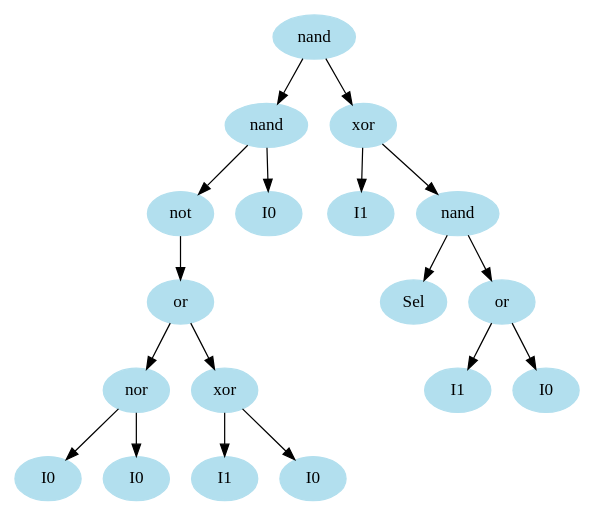
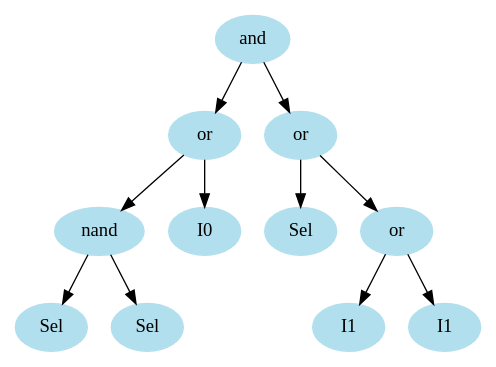
One commit to king2b3/GP changed the diagram in temp/Final_AST.gv. Above: the diagram before and after it, drawn with Graphviz. The commit also changed 7 other files, not shown here.

```diff
--- a/temp/Final_AST.gv
+++ b/temp/Final_AST.gv
@@ -1,39 +1,25 @@
 digraph unix {
 	node [color=lightblue2 style=filled]
 	size="6,6"
-	gate_0 [label=nand]
-	gate_1 [label=nand]
-	gate_2 [label=not]
+	gate_0 [label=and]
+	gate_1 [label=or]
+	gate_2 [label=nand]
+	ins_0 [label=Sel]
+	ins_1 [label=Sel]
+	ins_2 [label=I0]
 	gate_3 [label=or]
-	gate_4 [label=nor]
-	ins_0 [label=I0]
-	ins_1 [label=I0]
-	gate_5 [label=xor]
-	ins_2 [label=I1]
-	ins_3 [label=I0]
-	ins_4 [label=I0]
-	gate_6 [label=xor]
+	ins_3 [label=Sel]
+	gate_4 [label=or]
+	ins_4 [label=I1]
 	ins_5 [label=I1]
-	gate_7 [label=nand]
-	ins_6 [label=Sel]
-	gate_8 [label=or]
-	ins_7 [label=I1]
-	ins_8 [label=I0]
 	gate_0 -> gate_1
-	gate_0 -> gate_6
+	gate_0 -> gate_3
 	gate_1 -> gate_2
-	gate_1 -> ins_4
-	gate_2 -> gate_3
+	gate_1 -> ins_2
+	gate_2 -> ins_0
+	gate_2 -> ins_1
+	gate_3 -> ins_3
 	gate_3 -> gate_4
-	gate_3 -> gate_5
-	gate_4 -> ins_0
-	gate_4 -> ins_1
-	gate_5 -> ins_2
-	gate_5 -> ins_3
-	gate_6 -> ins_5
-	gate_6 -> gate_7
-	gate_7 -> ins_6
-	gate_7 -> gate_8
-	gate_8 -> ins_7
-	gate_8 -> ins_8
+	gate_4 -> ins_4
+	gate_4 -> ins_5
 }
```
